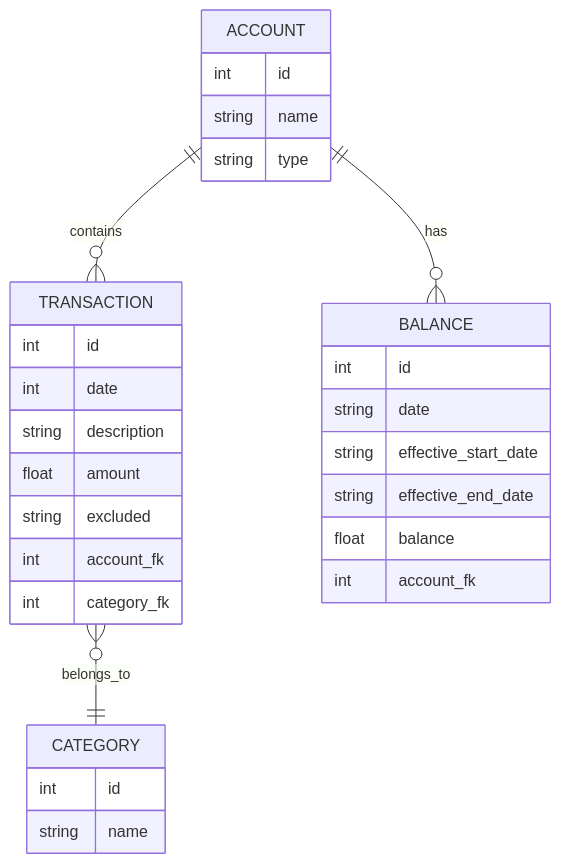
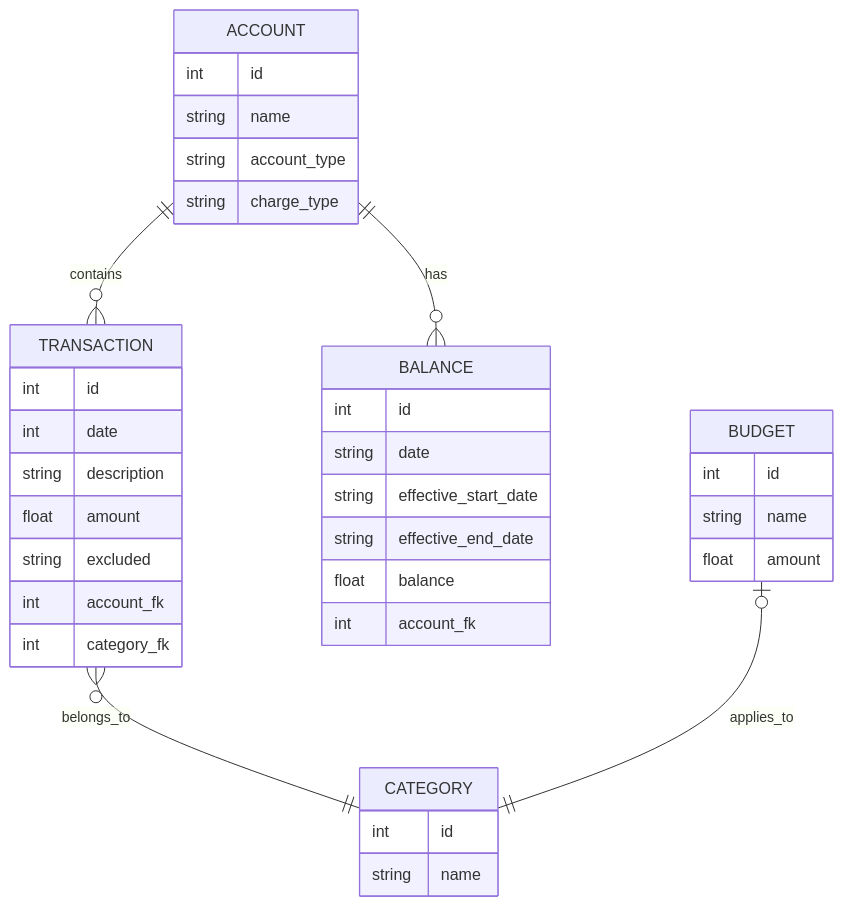
One commit to alexdglover/sage changed the diagram in docs/design.md. Above: the diagram before and after it, drawn with Mermaid. The commit also changed other lines of this file and 3 other files, not shown here.

````diff
--- a/docs/design.md
+++ b/docs/design.md
@@ -31,34 +31,40 @@
 ```mermaid
 erDiagram
     ACCOUNT {
         int    id
         string name
-        string type
+        string account_type 
+        string charge_type
     }
     CATEGORY {
         int    id
         string name
     }
-    
     TRANSACTION {
         int id
         int date
         string description
         float amount
         string excluded
         int account_fk
         int category_fk
     }
     BALANCE {
         int id
         string date
         string effective_start_date
         string effective_end_date
         float balance
         int account_fk
     }
+    BUDGET {
+        int id
+        string name
+        float amount
+    }
 
     ACCOUNT ||--o{ TRANSACTION : contains
     ACCOUNT ||--o{ BALANCE : has
     TRANSACTION }o--|| CATEGORY : belongs_to
+    BUDGET |o--||CATEGORY : applies_to
 ```
````
